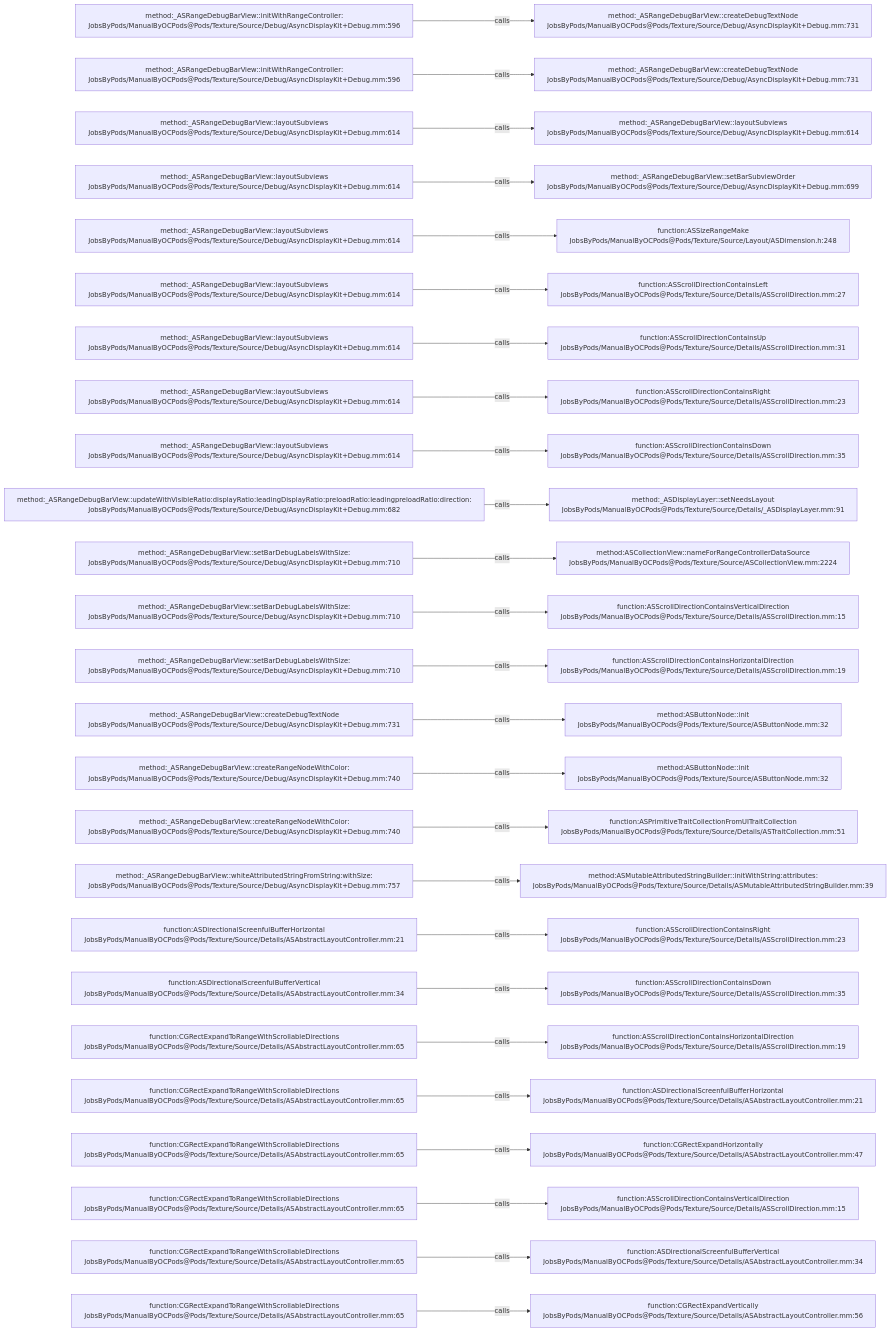
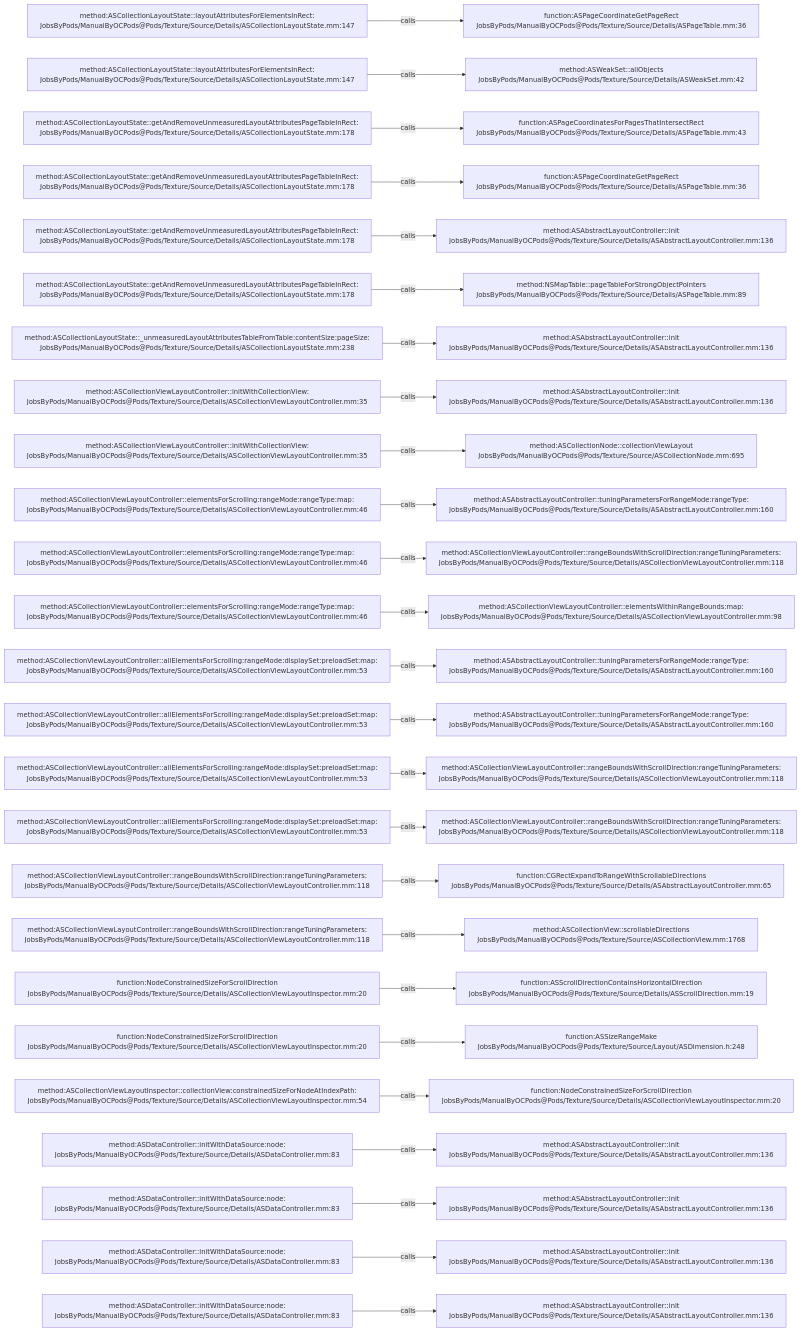
Before and after one commit to JobsKits/JobsOCBaseConfigDemo: the diagram in .codegraph/codegraph.md/graphs/calls-151.md, drawn with Mermaid. The commit also changed 1353 other files, not shown here.

````diff
--- a/.codegraph/codegraph.md/graphs/calls-151.md
+++ b/.codegraph/codegraph.md/graphs/calls-151.md
@@ -13,78 +13,78 @@
 ```mermaid
 flowchart LR
-  S1["method:_ASRangeDebugBarView::initWithRangeController:<br/>JobsByPods/ManualByOCPods@Pods/Texture/Source/Debug/AsyncDisplayKit+Debug.mm:596"]
-  T1["method:_ASRangeDebugBarView::createDebugTextNode<br/>JobsByPods/ManualByOCPods@Pods/Texture/Source/Debug/AsyncDisplayKit+Debug.mm:731"]
+  S1["method:ASCollectionLayoutState::layoutAttributesForElementsInRect:<br/>JobsByPods/ManualByOCPods@Pods/Texture/Source/Details/ASCollectionLayoutState.mm:147"]
+  T1["function:ASPageCoordinateGetPageRect<br/>JobsByPods/ManualByOCPods@Pods/Texture/Source/Details/ASPageTable.mm:36"]
   S1 -->|calls| T1
-  S2["method:_ASRangeDebugBarView::initWithRangeController:<br/>JobsByPods/ManualByOCPods@Pods/Texture/Source/Debug/AsyncDisplayKit+Debug.mm:596"]
-  T2["method:_ASRangeDebugBarView::createDebugTextNode<br/>JobsByPods/ManualByOCPods@Pods/Texture/Source/Debug/AsyncDisplayKit+Debug.mm:731"]
+  S2["method:ASCollectionLayoutState::layoutAttributesForElementsInRect:<br/>JobsByPods/ManualByOCPods@Pods/Texture/Source/Details/ASCollectionLayoutState.mm:147"]
+  T2["method:ASWeakSet::allObjects<br/>JobsByPods/ManualByOCPods@Pods/Texture/Source/Details/ASWeakSet.mm:42"]
   S2 -->|calls| T2
-  S3["method:_ASRangeDebugBarView::layoutSubviews<br/>JobsByPods/ManualByOCPods@Pods/Texture/Source/Debug/AsyncDisplayKit+Debug.mm:614"]
-  T3["method:_ASRangeDebugBarView::layoutSubviews<br/>JobsByPods/ManualByOCPods@Pods/Texture/Source/Debug/AsyncDisplayKit+Debug.mm:614"]
+  S3["method:ASCollectionLayoutState::getAndRemoveUnmeasuredLayoutAttributesPageTableInRect:<br/>JobsByPods/ManualByOCPods@Pods/Texture/Source/Details/ASCollectionLayoutState.mm:178"]
+  T3["function:ASPageCoordinatesForPagesThatIntersectRect<br/>JobsByPods/ManualByOCPods@Pods/Texture/Source/Details/ASPageTable.mm:43"]
   S3 -->|calls| T3
-  S4["method:_ASRangeDebugBarView::layoutSubviews<br/>JobsByPods/ManualByOCPods@Pods/Texture/Source/Debug/AsyncDisplayKit+Debug.mm:614"]
-  T4["method:_ASRangeDebugBarView::setBarSubviewOrder<br/>JobsByPods/ManualByOCPods@Pods/Texture/Source/Debug/AsyncDisplayKit+Debug.mm:699"]
+  S4["method:ASCollectionLayoutState::getAndRemoveUnmeasuredLayoutAttributesPageTableInRect:<br/>JobsByPods/ManualByOCPods@Pods/Texture/Source/Details/ASCollectionLayoutState.mm:178"]
+  T4["function:ASPageCoordinateGetPageRect<br/>JobsByPods/ManualByOCPods@Pods/Texture/Source/Details/ASPageTable.mm:36"]
   S4 -->|calls| T4
-  S5["method:_ASRangeDebugBarView::layoutSubviews<br/>JobsByPods/ManualByOCPods@Pods/Texture/Source/Debug/AsyncDisplayKit+Debug.mm:614"]
-  T5["function:ASSizeRangeMake<br/>JobsByPods/ManualByOCPods@Pods/Texture/Source/Layout/ASDimension.h:248"]
+  S5["method:ASCollectionLayoutState::getAndRemoveUnmeasuredLayoutAttributesPageTableInRect:<br/>JobsByPods/ManualByOCPods@Pods/Texture/Source/Details/ASCollectionLayoutState.mm:178"]
+  T5["method:ASAbstractLayoutController::init<br/>JobsByPods/ManualByOCPods@Pods/Texture/Source/Details/ASAbstractLayoutController.mm:136"]
   S5 -->|calls| T5
-  S6["method:_ASRangeDebugBarView::layoutSubviews<br/>JobsByPods/ManualByOCPods@Pods/Texture/Source/Debug/AsyncDisplayKit+Debug.mm:614"]
-  T6["function:ASScrollDirectionContainsLeft<br/>JobsByPods/ManualByOCPods@Pods/Texture/Source/Details/ASScrollDirection.mm:27"]
+  S6["method:ASCollectionLayoutState::getAndRemoveUnmeasuredLayoutAttributesPageTableInRect:<br/>JobsByPods/ManualByOCPods@Pods/Texture/Source/Details/ASCollectionLayoutState.mm:178"]
+  T6["method:NSMapTable::pageTableForStrongObjectPointers<br/>JobsByPods/ManualByOCPods@Pods/Texture/Source/Details/ASPageTable.mm:89"]
   S6 -->|calls| T6
-  S7["method:_ASRangeDebugBarView::layoutSubviews<br/>JobsByPods/ManualByOCPods@Pods/Texture/Source/Debug/AsyncDisplayKit+Debug.mm:614"]
-  T7["function:ASScrollDirectionContainsUp<br/>JobsByPods/ManualByOCPods@Pods/Texture/Source/Details/ASScrollDirection.mm:31"]
+  S7["method:ASCollectionLayoutState::_unmeasuredLayoutAttributesTableFromTable:contentSize:pageSize:<br/>JobsByPods/ManualByOCPods@Pods/Texture/Source/Details/ASCollectionLayoutState.mm:238"]
+  T7["method:ASAbstractLayoutController::init<br/>JobsByPods/ManualByOCPods@Pods/Texture/Source/Details/ASAbstractLayoutController.mm:136"]
   S7 -->|calls| T7
-  S8["method:_ASRangeDebugBarView::layoutSubviews<br/>JobsByPods/ManualByOCPods@Pods/Texture/Source/Debug/AsyncDisplayKit+Debug.mm:614"]
-  T8["function:ASScrollDirectionContainsRight<br/>JobsByPods/ManualByOCPods@Pods/Texture/Source/Details/ASScrollDirection.mm:23"]
+  S8["method:ASCollectionViewLayoutController::initWithCollectionView:<br/>JobsByPods/ManualByOCPods@Pods/Texture/Source/Details/ASCollectionViewLayoutController.mm:35"]
+  T8["method:ASAbstractLayoutController::init<br/>JobsByPods/ManualByOCPods@Pods/Texture/Source/Details/ASAbstractLayoutController.mm:136"]
   S8 -->|calls| T8
-  S9["method:_ASRangeDebugBarView::layoutSubviews<br/>JobsByPods/ManualByOCPods@Pods/Texture/Source/Debug/AsyncDisplayKit+Debug.mm:614"]
-  T9["function:ASScrollDirectionContainsDown<br/>JobsByPods/ManualByOCPods@Pods/Texture/Source/Details/ASScrollDirection.mm:35"]
+  S9["method:ASCollectionViewLayoutController::initWithCollectionView:<br/>JobsByPods/ManualByOCPods@Pods/Texture/Source/Details/ASCollectionViewLayoutController.mm:35"]
+  T9["method:ASCollectionNode::collectionViewLayout<br/>JobsByPods/ManualByOCPods@Pods/Texture/Source/ASCollectionNode.mm:695"]
   S9 -->|calls| T9
-  S10["method:_ASRangeDebugBarView::updateWithVisibleRatio:displayRatio:leadingDisplayRatio:preloadRatio:leadingpreloadRatio:direction:<br/>JobsByPods/ManualByOCPods@Pods/Texture/Source/Debug/AsyncDisplayKit+Debug.mm:682"]
-  T10["method:_ASDisplayLayer::setNeedsLayout<br/>JobsByPods/ManualByOCPods@Pods/Texture/Source/Details/_ASDisplayLayer.mm:91"]
+  S10["method:ASCollectionViewLayoutController::elementsForScrolling:rangeMode:rangeType:map:<br/>JobsByPods/ManualByOCPods@Pods/Texture/Source/Details/ASCollectionViewLayoutController.mm:46"]
+  T10["method:ASAbstractLayoutController::tuningParametersForRangeMode:rangeType:<br/>JobsByPods/ManualByOCPods@Pods/Texture/Source/Details/ASAbstractLayoutController.mm:160"]
   S10 -->|calls| T10
-  S11["method:_ASRangeDebugBarView::setBarDebugLabelsWithSize:<br/>JobsByPods/ManualByOCPods@Pods/Texture/Source/Debug/AsyncDisplayKit+Debug.mm:710"]
-  T11["method:ASCollectionView::nameForRangeControllerDataSource<br/>JobsByPods/ManualByOCPods@Pods/Texture/Source/ASCollectionView.mm:2224"]
+  S11["method:ASCollectionViewLayoutController::elementsForScrolling:rangeMode:rangeType:map:<br/>JobsByPods/ManualByOCPods@Pods/Texture/Source/Details/ASCollectionViewLayoutController.mm:46"]
+  T11["method:ASCollectionViewLayoutController::rangeBoundsWithScrollDirection:rangeTuningParameters:<br/>JobsByPods/ManualByOCPods@Pods/Texture/Source/Details/ASCollectionViewLayoutController.mm:118"]
   S11 -->|calls| T11
-  S12["method:_ASRangeDebugBarView::setBarDebugLabelsWithSize:<br/>JobsByPods/ManualByOCPods@Pods/Texture/Source/Debug/AsyncDisplayKit+Debug.mm:710"]
-  T12["function:ASScrollDirectionContainsVerticalDirection<br/>JobsByPods/ManualByOCPods@Pods/Texture/Source/Details/ASScrollDirection.mm:15"]
+  S12["method:ASCollectionViewLayoutController::elementsForScrolling:rangeMode:rangeType:map:<br/>JobsByPods/ManualByOCPods@Pods/Texture/Source/Details/ASCollectionViewLayoutController.mm:46"]
+  T12["method:ASCollectionViewLayoutController::elementsWithinRangeBounds:map:<br/>JobsByPods/ManualByOCPods@Pods/Texture/Source/Details/ASCollectionViewLayoutController.mm:98"]
   S12 -->|calls| T12
-  S13["method:_ASRangeDebugBarView::setBarDebugLabelsWithSize:<br/>JobsByPods/ManualByOCPods@Pods/Texture/Source/Debug/AsyncDisplayKit+Debug.mm:710"]
-  T13["function:ASScrollDirectionContainsHorizontalDirection<br/>JobsByPods/ManualByOCPods@Pods/Texture/Source/Details/ASScrollDirection.mm:19"]
+  S13["method:ASCollectionViewLayoutController::allElementsForScrolling:rangeMode:displaySet:preloadSet:map:<br/>JobsByPods/ManualByOCPods@Pods/Texture/Source/Details/ASCollectionViewLayoutController.mm:53"]
+  T13["method:ASAbstractLayoutController::tuningParametersForRangeMode:rangeType:<br/>JobsByPods/ManualByOCPods@Pods/Texture/Source/Details/ASAbstractLayoutController.mm:160"]
   S13 -->|calls| T13
-  S14["method:_ASRangeDebugBarView::createDebugTextNode<br/>JobsByPods/ManualByOCPods@Pods/Texture/Source/Debug/AsyncDisplayKit+Debug.mm:731"]
-  T14["method:ASButtonNode::init<br/>JobsByPods/ManualByOCPods@Pods/Texture/Source/ASButtonNode.mm:32"]
+  S14["method:ASCollectionViewLayoutController::allElementsForScrolling:rangeMode:displaySet:preloadSet:map:<br/>JobsByPods/ManualByOCPods@Pods/Texture/Source/Details/ASCollectionViewLayoutController.mm:53"]
+  T14["method:ASAbstractLayoutController::tuningParametersForRangeMode:rangeType:<br/>JobsByPods/ManualByOCPods@Pods/Texture/Source/Details/ASAbstractLayoutController.mm:160"]
   S14 -->|calls| T14
-  S15["method:_ASRangeDebugBarView::createRangeNodeWithColor:<br/>JobsByPods/ManualByOCPods@Pods/Texture/Source/Debug/AsyncDisplayKit+Debug.mm:740"]
-  T15["method:ASButtonNode::init<br/>JobsByPods/ManualByOCPods@Pods/Texture/Source/ASButtonNode.mm:32"]
+  S15["method:ASCollectionViewLayoutController::allElementsForScrolling:rangeMode:displaySet:preloadSet:map:<br/>JobsByPods/ManualByOCPods@Pods/Texture/Source/Details/ASCollectionViewLayoutController.mm:53"]
+  T15["method:ASCollectionViewLayoutController::rangeBoundsWithScrollDirection:rangeTuningParameters:<br/>JobsByPods/ManualByOCPods@Pods/Texture/Source/Details/ASCollectionViewLayoutController.mm:118"]
   S15 -->|calls| T15
-  S16["method:_ASRangeDebugBarView::createRangeNodeWithColor:<br/>JobsByPods/ManualByOCPods@Pods/Texture/Source/Debug/AsyncDisplayKit+Debug.mm:740"]
-  T16["function:ASPrimitiveTraitCollectionFromUITraitCollection<br/>JobsByPods/ManualByOCPods@Pods/Texture/Source/Details/ASTraitCollection.mm:51"]
+  S16["method:ASCollectionViewLayoutController::allElementsForScrolling:rangeMode:displaySet:preloadSet:map:<br/>JobsByPods/ManualByOCPods@Pods/Texture/Source/Details/ASCollectionViewLayoutController.mm:53"]
+  T16["method:ASCollectionViewLayoutController::rangeBoundsWithScrollDirection:rangeTuningParameters:<br/>JobsByPods/ManualByOCPods@Pods/Texture/Source/Details/ASCollectionViewLayoutController.mm:118"]
   S16 -->|calls| T16
-  S17["method:_ASRangeDebugBarView::whiteAttributedStringFromString:withSize:<br/>JobsByPods/ManualByOCPods@Pods/Texture/Source/Debug/AsyncDisplayKit+Debug.mm:757"]
-  T17["method:ASMutableAttributedStringBuilder::initWithString:attributes:<br/>JobsByPods/ManualByOCPods@Pods/Texture/Source/Details/ASMutableAttributedStringBuilder.mm:39"]
+  S17["method:ASCollectionViewLayoutController::rangeBoundsWithScrollDirection:rangeTuningParameters:<br/>JobsByPods/ManualByOCPods@Pods/Texture/Source/Details/ASCollectionViewLayoutController.mm:118"]
+  T17["function:CGRectExpandToRangeWithScrollableDirections<br/>JobsByPods/ManualByOCPods@Pods/Texture/Source/Details/ASAbstractLayoutController.mm:65"]
   S17 -->|calls| T17
-  S18["function:ASDirectionalScreenfulBufferHorizontal<br/>JobsByPods/ManualByOCPods@Pods/Texture/Source/Details/ASAbstractLayoutController.mm:21"]
-  T18["function:ASScrollDirectionContainsRight<br/>JobsByPods/ManualByOCPods@Pods/Texture/Source/Details/ASScrollDirection.mm:23"]
+  S18["method:ASCollectionViewLayoutController::rangeBoundsWithScrollDirection:rangeTuningParameters:<br/>JobsByPods/ManualByOCPods@Pods/Texture/Source/Details/ASCollectionViewLayoutController.mm:118"]
+  T18["method:ASCollectionView::scrollableDirections<br/>JobsByPods/ManualByOCPods@Pods/Texture/Source/ASCollectionView.mm:1768"]
   S18 -->|calls| T18
-  S19["function:ASDirectionalScreenfulBufferVertical<br/>JobsByPods/ManualByOCPods@Pods/Texture/Source/Details/ASAbstractLayoutController.mm:34"]
-  T19["function:ASScrollDirectionContainsDown<br/>JobsByPods/ManualByOCPods@Pods/Texture/Source/Details/ASScrollDirection.mm:35"]
+  S19["function:NodeConstrainedSizeForScrollDirection<br/>JobsByPods/ManualByOCPods@Pods/Texture/Source/Details/ASCollectionViewLayoutInspector.mm:20"]
+  T19["function:ASScrollDirectionContainsHorizontalDirection<br/>JobsByPods/ManualByOCPods@Pods/Texture/Source/Details/ASScrollDirection.mm:19"]
   S19 -->|calls| T19
-  S20["function:CGRectExpandToRangeWithScrollableDirections<br/>JobsByPods/ManualByOCPods@Pods/Texture/Source/Details/ASAbstractLayoutController.mm:65"]
-  T20["function:ASScrollDirectionContainsHorizontalDirection<br/>JobsByPods/ManualByOCPods@Pods/Texture/Source/Details/ASScrollDirection.mm:19"]
+  S20["function:NodeConstrainedSizeForScrollDirection<br/>JobsByPods/ManualByOCPods@Pods/Texture/Source/Details/ASCollectionViewLayoutInspector.mm:20"]
+  T20["function:ASSizeRangeMake<br/>JobsByPods/ManualByOCPods@Pods/Texture/Source/Layout/ASDimension.h:248"]
   S20 -->|calls| T20
-  S21["function:CGRectExpandToRangeWithScrollableDirections<br/>JobsByPods/ManualByOCPods@Pods/Texture/Source/Details/ASAbstractLayoutController.mm:65"]
-  T21["function:ASDirectionalScreenfulBufferHorizontal<br/>JobsByPods/ManualByOCPods@Pods/Texture/Source/Details/ASAbstractLayoutController.mm:21"]
+  S21["method:ASCollectionViewLayoutInspector::collectionView:constrainedSizeForNodeAtIndexPath:<br/>JobsByPods/ManualByOCPods@Pods/Texture/Source/Details/ASCollectionViewLayoutInspector.mm:54"]
+  T21["function:NodeConstrainedSizeForScrollDirection<br/>JobsByPods/ManualByOCPods@Pods/Texture/Source/Details/ASCollectionViewLayoutInspector.mm:20"]
   S21 -->|calls| T21
-  S22["function:CGRectExpandToRangeWithScrollableDirections<br/>JobsByPods/ManualByOCPods@Pods/Texture/Source/Details/ASAbstractLayoutController.mm:65"]
-  T22["function:CGRectExpandHorizontally<br/>JobsByPods/ManualByOCPods@Pods/Texture/Source/Details/ASAbstractLayoutController.mm:47"]
+  S22["method:ASDataController::initWithDataSource:node:<br/>JobsByPods/ManualByOCPods@Pods/Texture/Source/Details/ASDataController.mm:83"]
+  T22["method:ASAbstractLayoutController::init<br/>JobsByPods/ManualByOCPods@Pods/Texture/Source/Details/ASAbstractLayoutController.mm:136"]
   S22 -->|calls| T22
-  S23["function:CGRectExpandToRangeWithScrollableDirections<br/>JobsByPods/ManualByOCPods@Pods/Texture/Source/Details/ASAbstractLayoutController.mm:65"]
-  T23["function:ASScrollDirectionContainsVerticalDirection<br/>JobsByPods/ManualByOCPods@Pods/Texture/Source/Details/ASScrollDirection.mm:15"]
+  S23["method:ASDataController::initWithDataSource:node:<br/>JobsByPods/ManualByOCPods@Pods/Texture/Source/Details/ASDataController.mm:83"]
+  T23["method:ASAbstractLayoutController::init<br/>JobsByPods/ManualByOCPods@Pods/Texture/Source/Details/ASAbstractLayoutController.mm:136"]
   S23 -->|calls| T23
-  S24["function:CGRectExpandToRangeWithScrollableDirections<br/>JobsByPods/ManualByOCPods@Pods/Texture/Source/Details/ASAbstractLayoutController.mm:65"]
-  T24["function:ASDirectionalScreenfulBufferVertical<br/>JobsByPods/ManualByOCPods@Pods/Texture/Source/Details/ASAbstractLayoutController.mm:34"]
+  S24["method:ASDataController::initWithDataSource:node:<br/>JobsByPods/ManualByOCPods@Pods/Texture/Source/Details/ASDataController.mm:83"]
+  T24["method:ASAbstractLayoutController::init<br/>JobsByPods/ManualByOCPods@Pods/Texture/Source/Details/ASAbstractLayoutController.mm:136"]
   S24 -->|calls| T24
-  S25["function:CGRectExpandToRangeWithScrollableDirections<br/>JobsByPods/ManualByOCPods@Pods/Texture/Source/Details/ASAbstractLayoutController.mm:65"]
-  T25["function:CGRectExpandVertically<br/>JobsByPods/ManualByOCPods@Pods/Texture/Source/Details/ASAbstractLayoutController.mm:56"]
+  S25["method:ASDataController::initWithDataSource:node:<br/>JobsByPods/ManualByOCPods@Pods/Texture/Source/Details/ASDataController.mm:83"]
+  T25["method:ASAbstractLayoutController::init<br/>JobsByPods/ManualByOCPods@Pods/Texture/Source/Details/ASAbstractLayoutController.mm:136"]
   S25 -->|calls| T25
 ```
````
